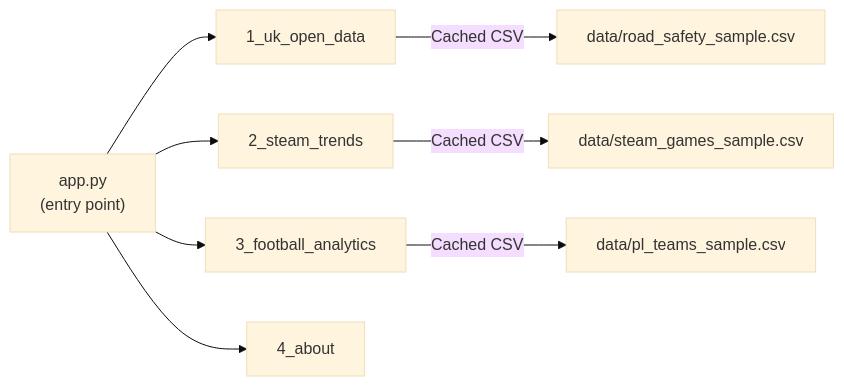
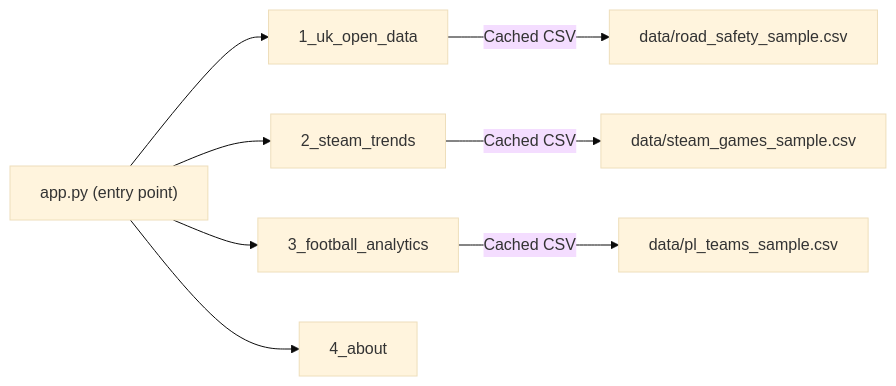
The diagram in README.md (Felixvenus1/streamlit-portfolio-dashboard), drawn with Mermaid (base theme) before and after one commit. The commit also changed other lines of this file and 9 other files, not shown here.

First line of the commit message:
Add wireframe, nav diagram, page screenshots; fix trendline dep

````diff
--- a/README.md
+++ b/README.md
@@ -19,11 +31,11 @@
 ```mermaid
 graph LR
-    app["app.py\n(entry point)"] --> p1["1_uk_open_data"]
+    app["app.py (entry point)"] --> p1["1_uk_open_data"]
     app --> p2["2_steam_trends"]
     app --> p3["3_football_analytics"]
     app --> p4["4_about"]
 
     p1 -->|"Cached CSV"| d1["data/road_safety_sample.csv"]
     p2 -->|"Cached CSV"| d2["data/steam_games_sample.csv"]
     p3 -->|"Cached CSV"| d3["data/pl_teams_sample.csv"]
 ```
````
